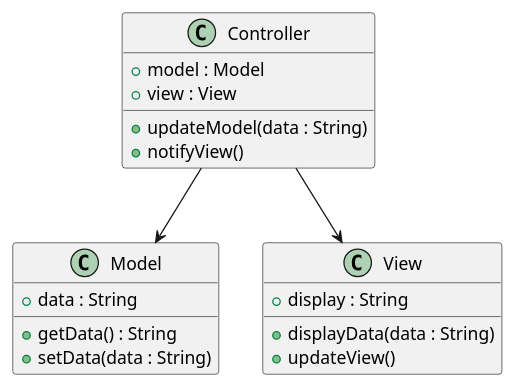
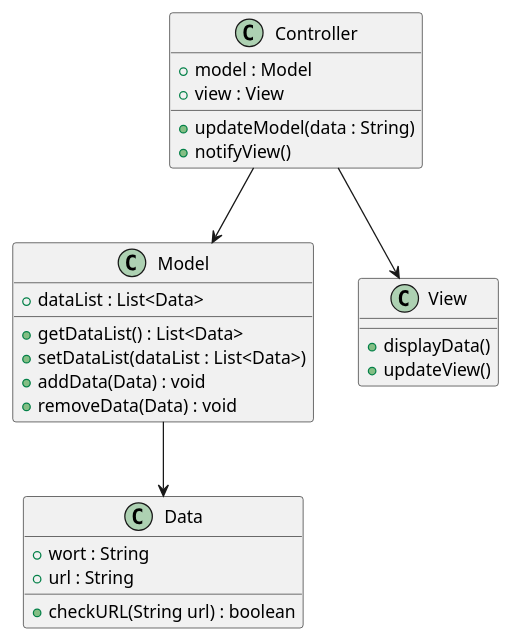
Before and after one commit to TGM-HIT/sew9-2425-worttrainer-kbau3r: the diagram in worttrainer-reloaded.puml, drawn with PlantUML. The commit also changed 58 other files, not shown here.

```diff
--- a/worttrainer-reloaded.puml
+++ b/worttrainer-reloaded.puml
@@ -1,26 +1,34 @@
 @startuml
-'title: Worttrainer Reloaded'
+'title: Worttrainer Reloaded - kbauer'
 
 class Model {
-  +data : String
-  +getData() : String
-  +setData(data : String)
+  +dataList : List<Data>
+  +getDataList() : List<Data>
+  +setDataList(dataList : List<Data>)
+  +addData(Data) : void
+  +removeData(Data) : void
+}
+
+class Data {
+  +wort : String
+  +url : String
+  +checkURL(String url) : boolean
 }
 
 class View {
-  +display : String
-  +displayData(data : String)
+  +displayData()
   +updateView()
 }
 
 class Controller {
   +model : Model
   +view : View
   +updateModel(data : String)
   +notifyView()
 }
 
 Controller --> Model
 Controller --> View
+Model --> Data
 
 @enduml
```
